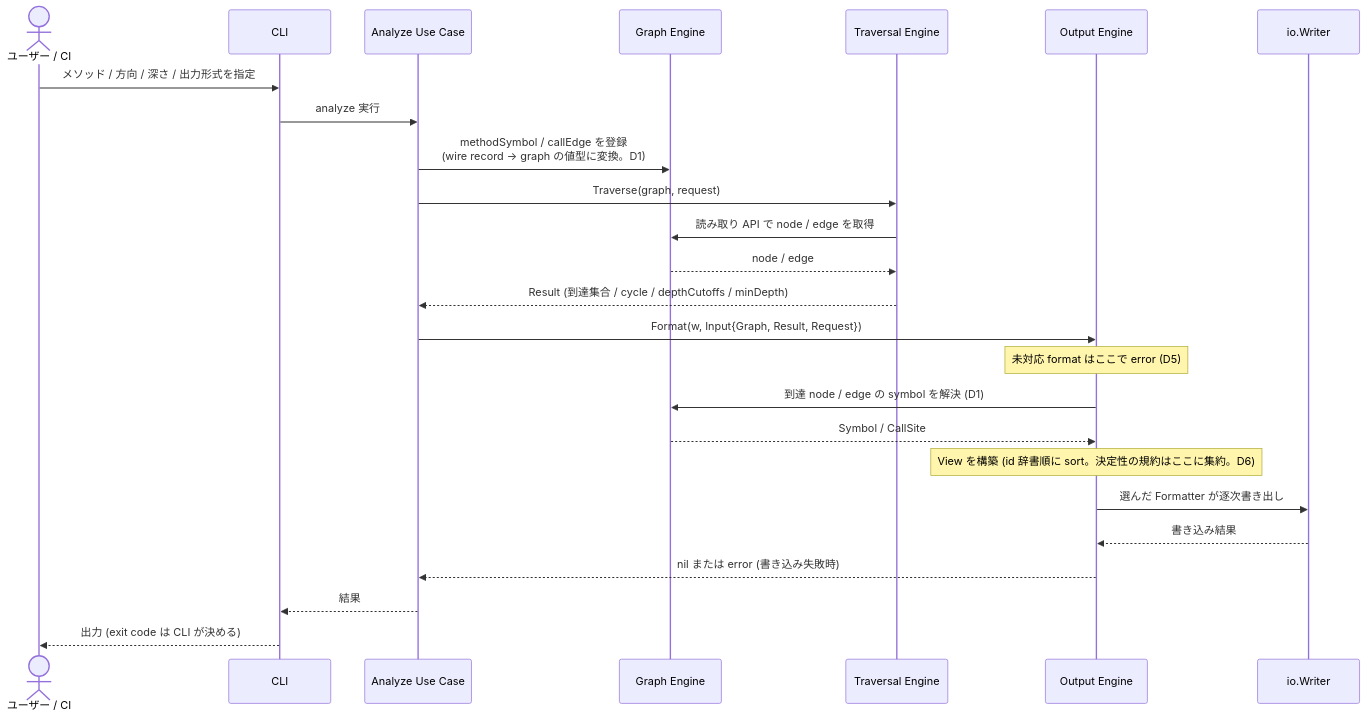
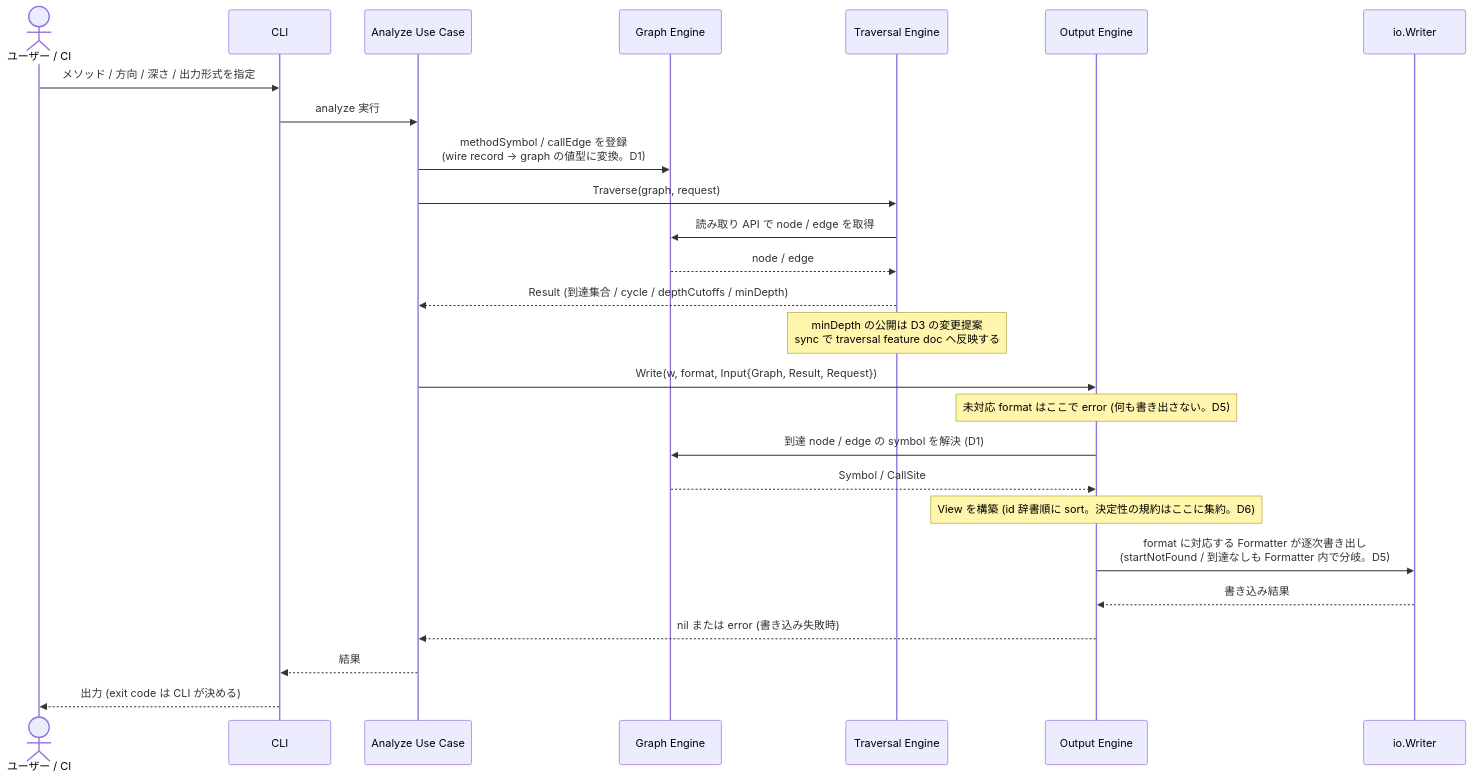
The third of 3 diagrams in specs/7-output/index.md (Fukuemon/depwalk), drawn with Mermaid before and after one commit. The commit also changed other lines of this file and 1 other file, not shown here.

Commit message:
docs(spec): diagram gate の指摘に対応し output.Write entry point を追加 #7

````diff
--- a/specs/7-output/index.md
+++ b/specs/7-output/index.md
@@ -630,29 +660,30 @@
 ```mermaid
 sequenceDiagram
     actor User as ユーザー / CI
     participant CLI as CLI
     participant UC as Analyze Use Case
     participant Graph as Graph Engine
     participant Trv as Traversal Engine
     participant Out as Output Engine
     participant W as io.Writer
 
     User->>CLI: メソッド / 方向 / 深さ / 出力形式を指定
     CLI->>UC: analyze 実行
     UC->>Graph: methodSymbol / callEdge を登録<br/>(wire record → graph の値型に変換。D1)
     UC->>Trv: Traverse(graph, request)
     Trv->>Graph: 読み取り API で node / edge を取得
     Graph-->>Trv: node / edge
     Trv-->>UC: Result (到達集合 / cycle / depthCutoffs / minDepth)
+    Note over Trv: minDepth の公開は D3 の変更提案<br/>sync で traversal feature doc へ反映する
 
-    UC->>Out: Format(w, Input{Graph, Result, Request})
-    Note over Out: 未対応 format はここで error (D5)
+    UC->>Out: Write(w, format, Input{Graph, Result, Request})
+    Note over Out: 未対応 format はここで error (何も書き出さない。D5)
     Out->>Graph: 到達 node / edge の symbol を解決 (D1)
     Graph-->>Out: Symbol / CallSite
     Note over Out: View を構築 (id 辞書順に sort。決定性の規約はここに集約。D6)
-    Out->>W: 選んだ Formatter が逐次書き出し
+    Out->>W: format に対応する Formatter が逐次書き出し<br/>(startNotFound / 到達なしも Formatter 内で分岐。D5)
     W-->>Out: 書き込み結果
     Out-->>UC: nil または error (書き込み失敗時)
     UC-->>CLI: 結果
     CLI-->>User: 出力 (exit code は CLI が決める)
 ```
````
